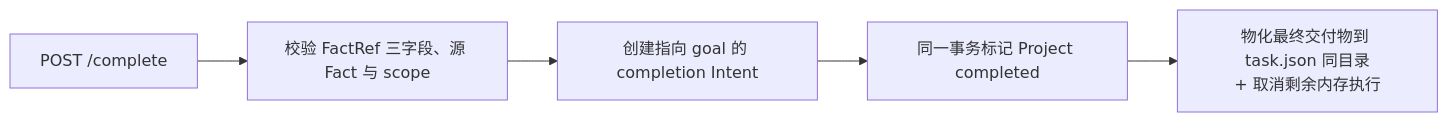
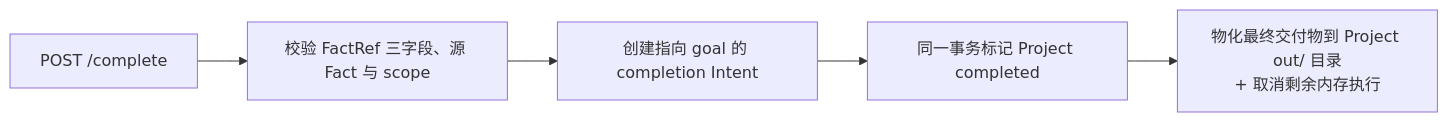
Before and after one commit to jygzyc/peak: the sixth of 8 diagrams in docs/data-flow.md, drawn with Mermaid. The commit also changed other lines of this file and 18 other files, not shown here.

````diff
--- a/docs/data-flow.md
+++ b/docs/data-flow.md
@@ -570,7 +572,7 @@
 ```mermaid
 flowchart LR
   A["POST /complete"] --> B["校验 FactRef 三字段、源 Fact 与 scope"]
   B --> C["创建指向 goal 的 completion Intent"]
   C --> D["同一事务标记 Project completed"]
-  D --> E["物化最终交付物到 task.json 同目录<br/>+ 取消剩余内存执行"]
+  D --> E["物化最终交付物到 Project out/ 目录<br/>+ 取消剩余内存执行"]
 ```
````
